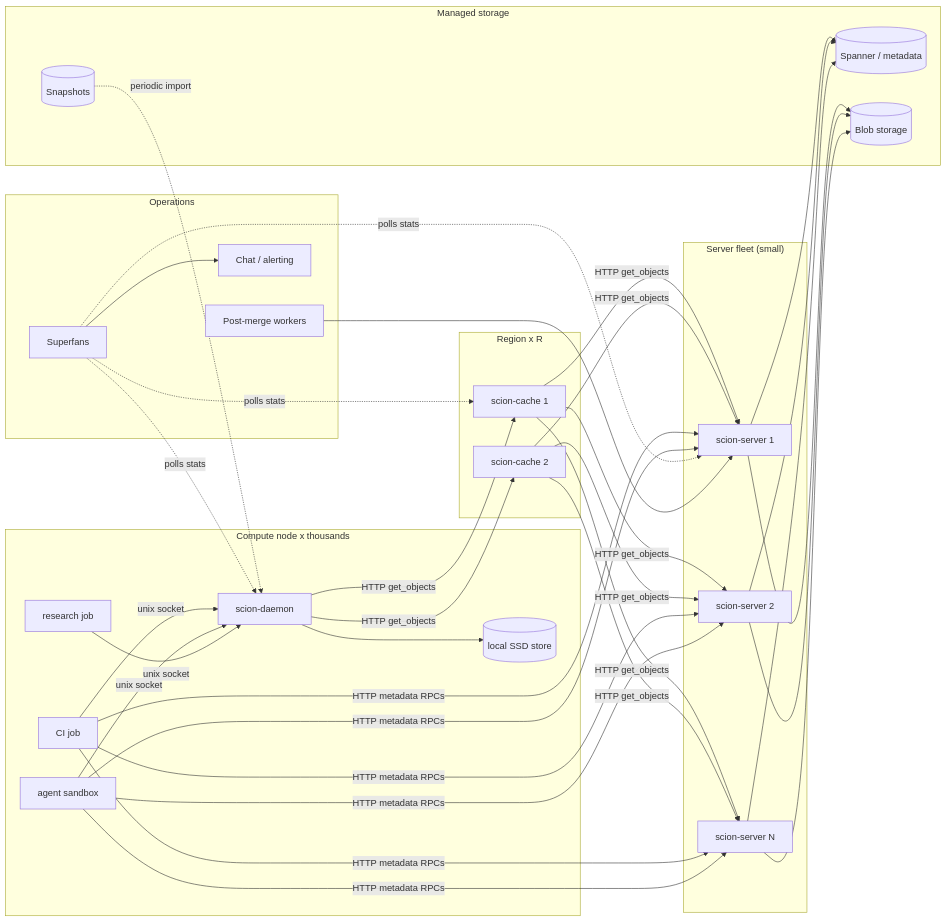
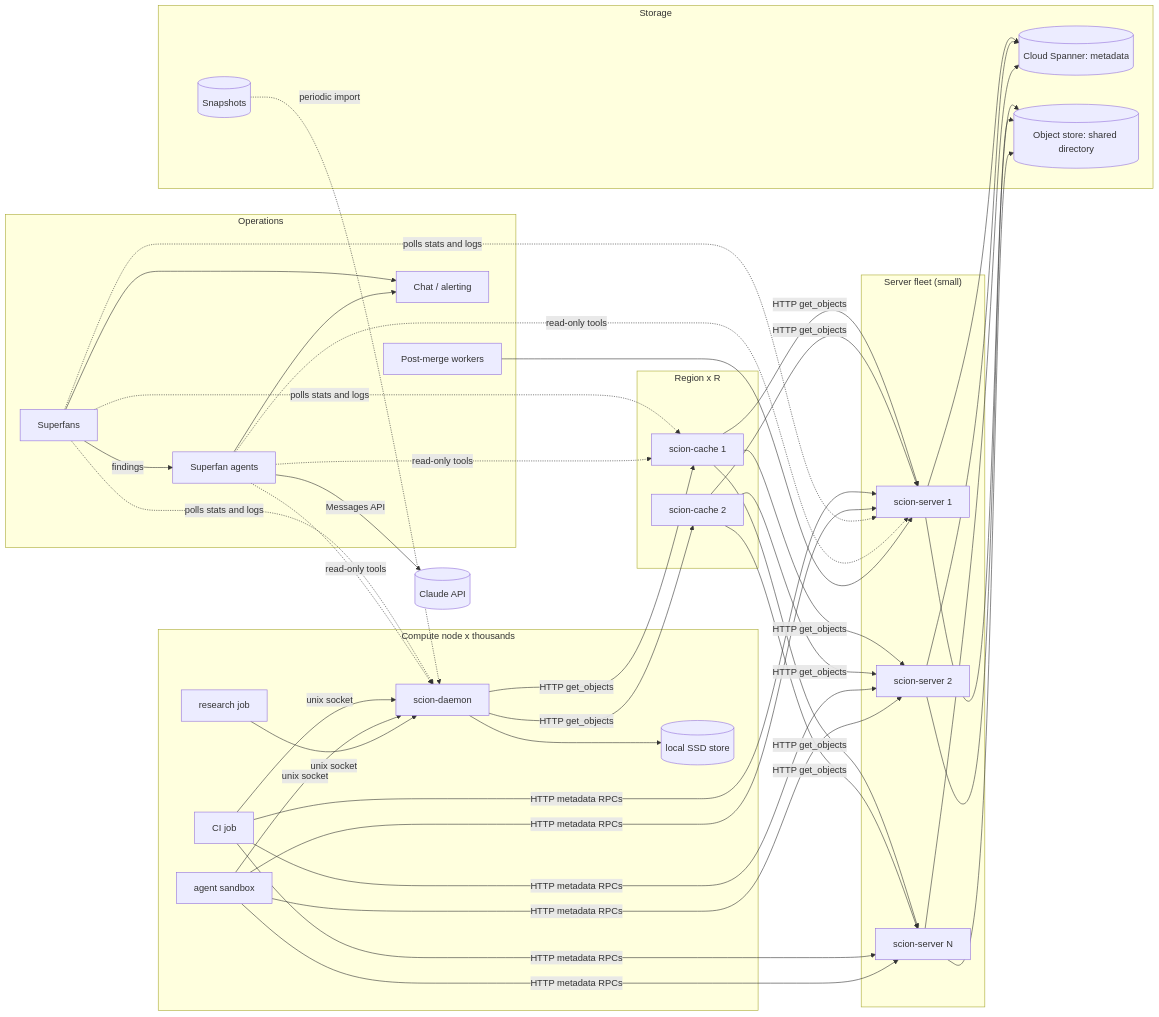
The third of 28 diagrams in scion/docs/design/06-uml.md (Space-Trucker/AIresume), drawn with Mermaid before and after one commit. The commit also changed other lines of this file and 14 other files, not shown here.

First line of the commit message:
B6 design: Spanner metadata, superfan agents, comparison with git, CPython pilot

````diff
--- a/scion/docs/design/06-uml.md
+++ b/scion/docs/design/06-uml.md
@@ -220,38 +221,44 @@
 ```mermaid
 flowchart LR
   subgraph Node["Compute node x thousands"]
     J1[CI job]
     J2[agent sandbox]
     J3[research job]
     D1[scion-daemon]
     SSD[(local SSD store)]
     J1 & J2 & J3 -- unix socket --> D1 --> SSD
   end
   subgraph Region["Region x R"]
     C1[scion-cache 1]
     C2[scion-cache 2]
   end
   subgraph Fleet["Server fleet (small)"]
     S1[scion-server 1]
     S2[scion-server 2]
     S3[scion-server N]
   end
-  subgraph Cloud["Managed storage"]
-    SP[(Spanner / metadata)]
-    BS[(Blob storage)]
+  subgraph Cloud["Storage"]
+    SP[(Cloud Spanner: metadata)]
+    BS[(Object store: shared directory)]
     SB[(Snapshots)]
   end
   subgraph Ops["Operations"]
     SF[Superfans]
+    AG[Superfan agents]
     PMW[Post-merge workers]
     CHAT[Chat / alerting]
   end
+  CL[(Claude API)]
   D1 -- HTTP get_objects --> C1 & C2
   C1 & C2 -- HTTP get_objects --> S1 & S2 & S3
   J1 & J2 -- HTTP metadata RPCs --> S1 & S2 & S3
   S1 & S2 & S3 --> SP & BS
   SB -. periodic import .-> D1
-  SF -. polls stats .-> D1 & C1 & S1
+  SF -. polls stats and logs .-> D1 & C1 & S1
   SF --> CHAT
+  SF -- findings --> AG
+  AG -. read-only tools .-> D1 & C1 & S1
+  AG -- Messages API --> CL
+  AG --> CHAT
   PMW --> S1
 ```
````
